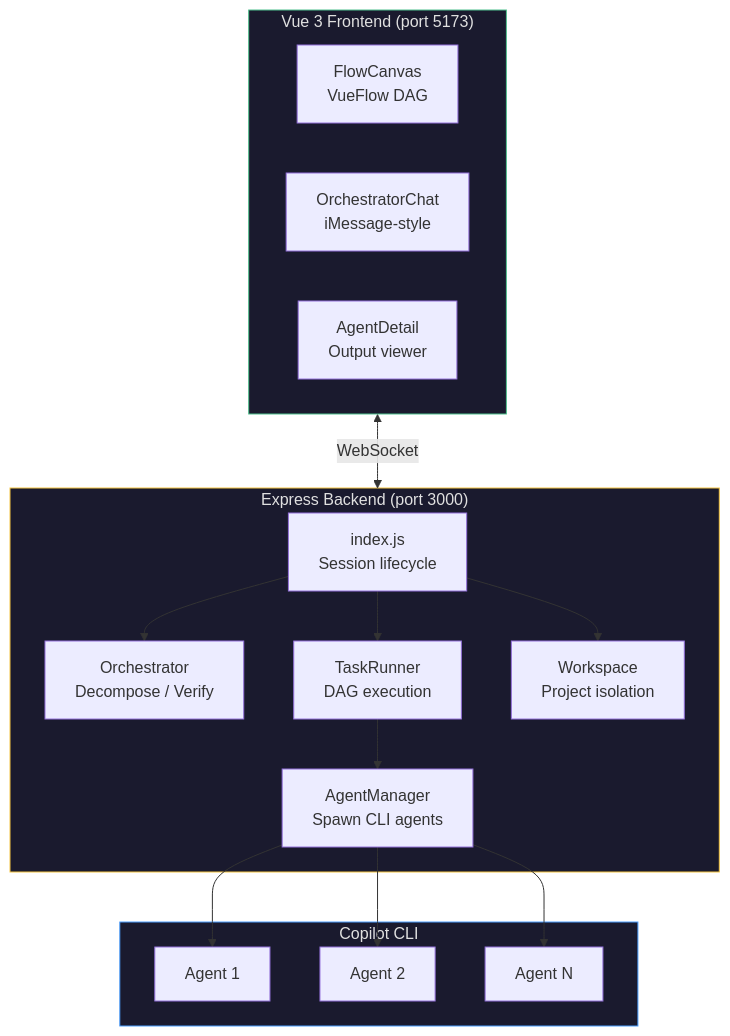
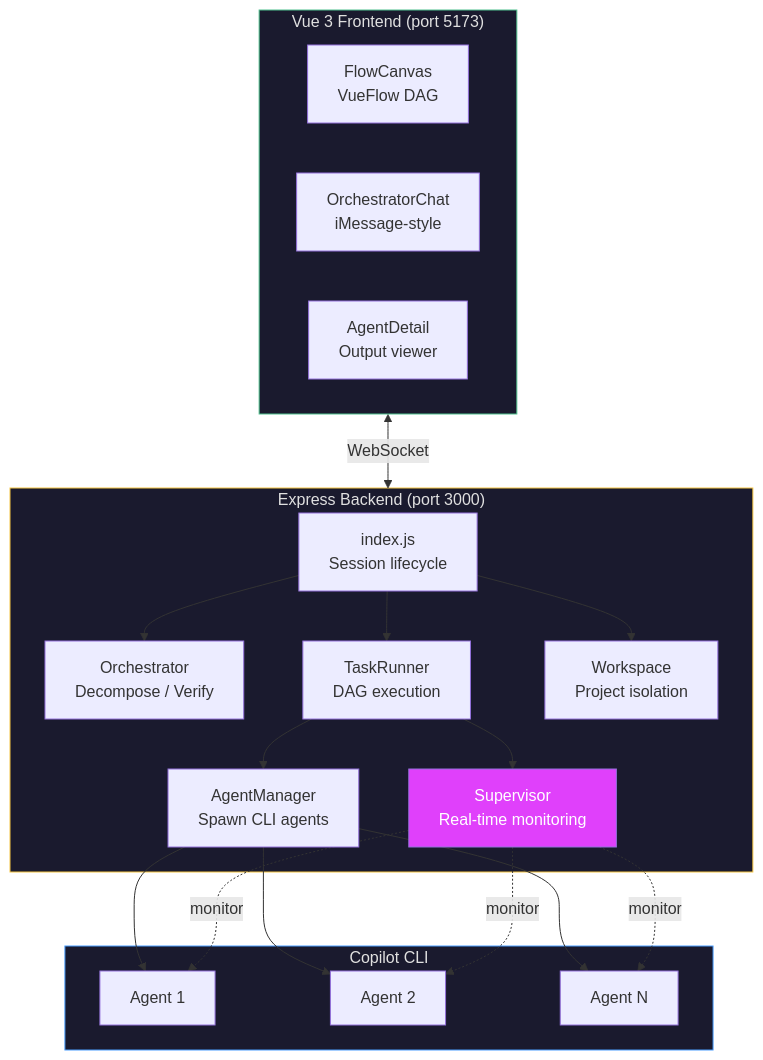
One commit to MrUnreal/hAIvemind changed the first of 4 diagrams in docs/architecture.md. Above: the diagram before and after it, drawn with Mermaid. The commit also changed other lines of this file and 11 other files, not shown here.

````diff
--- a/docs/architecture.md
+++ b/docs/architecture.md
@@ -5,35 +5,41 @@
 ```mermaid
 graph TB
   subgraph Frontend["Vue 3 Frontend (port 5173)"]
     FC["FlowCanvas<br/>VueFlow DAG"]
     OC["OrchestratorChat<br/>iMessage-style"]
     AD["AgentDetail<br/>Output viewer"]
   end
 
   subgraph Backend["Express Backend (port 3000)"]
     IX["index.js<br/>Session lifecycle"]
     OR["Orchestrator<br/>Decompose / Verify"]
+    SV["Supervisor<br/>Real-time monitoring"]
     TR["TaskRunner<br/>DAG execution"]
     AM["AgentManager<br/>Spawn CLI agents"]
     WM["Workspace<br/>Project isolation"]
   end
 
   subgraph CLI["Copilot CLI"]
     A1["Agent 1"]
     A2["Agent 2"]
     AN["Agent N"]
   end
 
   Frontend <-->|"WebSocket"| Backend
   AM --> A1
   AM --> A2
   AM --> AN
   IX --> OR
   IX --> TR
   TR --> AM
+  TR --> SV
+  SV -.->|"monitor"| A1
+  SV -.->|"monitor"| A2
+  SV -.->|"monitor"| AN
   IX --> WM
 
   style Frontend fill:#1a1a2e,color:#e0e0e0,stroke:#4FC08D
   style Backend fill:#1a1a2e,color:#e0e0e0,stroke:#f5c542
   style CLI fill:#1a1a2e,color:#e0e0e0,stroke:#4a9eff
+  style SV fill:#e040fb,color:#fff
 ```
````
